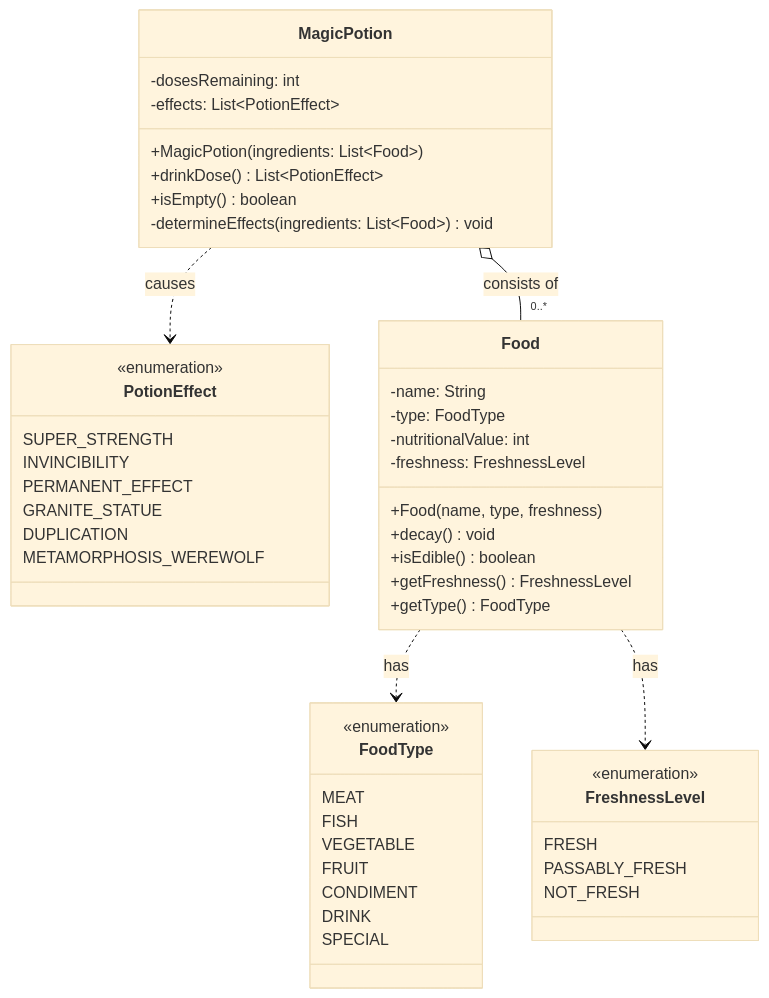
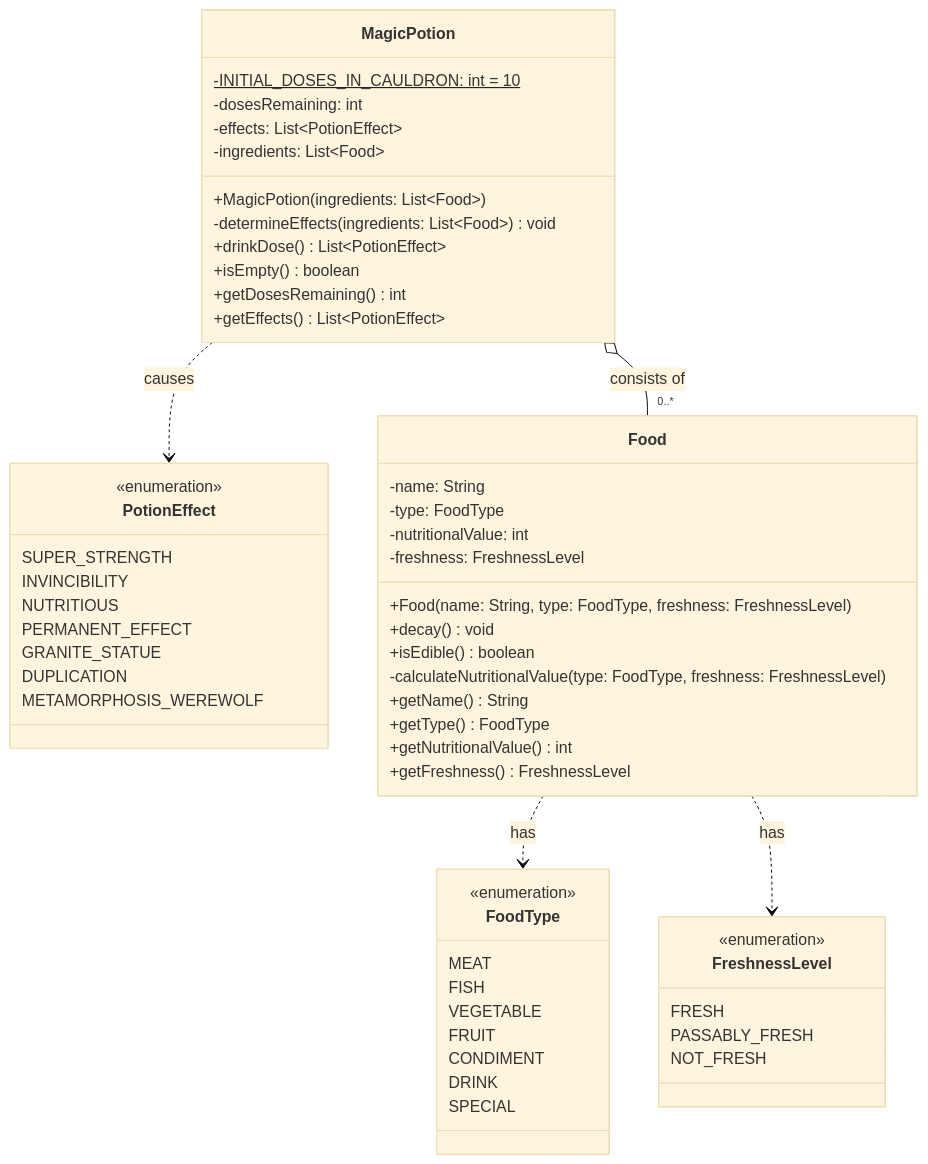
The diagram in diagrams/diag_food.md (Gustin-MAILHE/R304_Projet_Qualite_Dev), drawn with Mermaid (base theme) before and after one commit. The commit also changed 6 other files, not shown here.

Commit message:
food and magic potion classes implemented

````diff
--- a/diagrams/diag_food.md
+++ b/diagrams/diag_food.md
@@ -1,61 +1,69 @@
 ```mermaid
 classDiagram
     %% --- ENUMS ---
     class FoodType {
     <<enumeration>>
     MEAT
     FISH
     VEGETABLE
     FRUIT
     CONDIMENT
     DRINK
     SPECIAL
     }
 
     class FreshnessLevel {
         <<enumeration>>
         FRESH
         PASSABLY_FRESH
         NOT_FRESH
     }
 
     class PotionEffect {
         <<enumeration>>
         SUPER_STRENGTH
         INVINCIBILITY
+        NUTRITIOUS
         PERMANENT_EFFECT
         GRANITE_STATUE
         DUPLICATION
         METAMORPHOSIS_WEREWOLF
     }
 
     %% --- CLASSES PRINCIPALES ---
 
     class Food {
         -name: String
         -type: FoodType
         -nutritionalValue: int
         -freshness: FreshnessLevel
-        +Food(name, type, freshness)
+        +Food(name: String, type: FoodType, freshness: FreshnessLevel)
         +decay() void
         +isEdible() boolean
+        -calculateNutritionalValue(type: FoodType, freshness: FreshnessLevel)
+        +getName() String
+        +getType() FoodType
+        +getNutritionalValue() int
         +getFreshness() FreshnessLevel
-        +getType() FoodType
     }
 
     class MagicPotion {
+        -INITIAL_DOSES_IN_CAULDRON: int = 10$
         -dosesRemaining: int
         -effects: List~PotionEffect~
+        -ingredients: List~Food~
         +MagicPotion(ingredients: List~Food~)
+        -determineEffects(ingredients: List~Food~) void
         +drinkDose() List~PotionEffect~
         +isEmpty() boolean
-        -determineEffects(ingredients: List~Food~) void
+        +getDosesRemaining() int
+        +getEffects() List~PotionEffect~
     }
 
     %% --- RELATIONS ---
 
     MagicPotion o-- "0..*" Food : consists of
     Food ..> FoodType : has
     Food ..> FreshnessLevel : has
     MagicPotion ..> PotionEffect : causes
 ```
````
